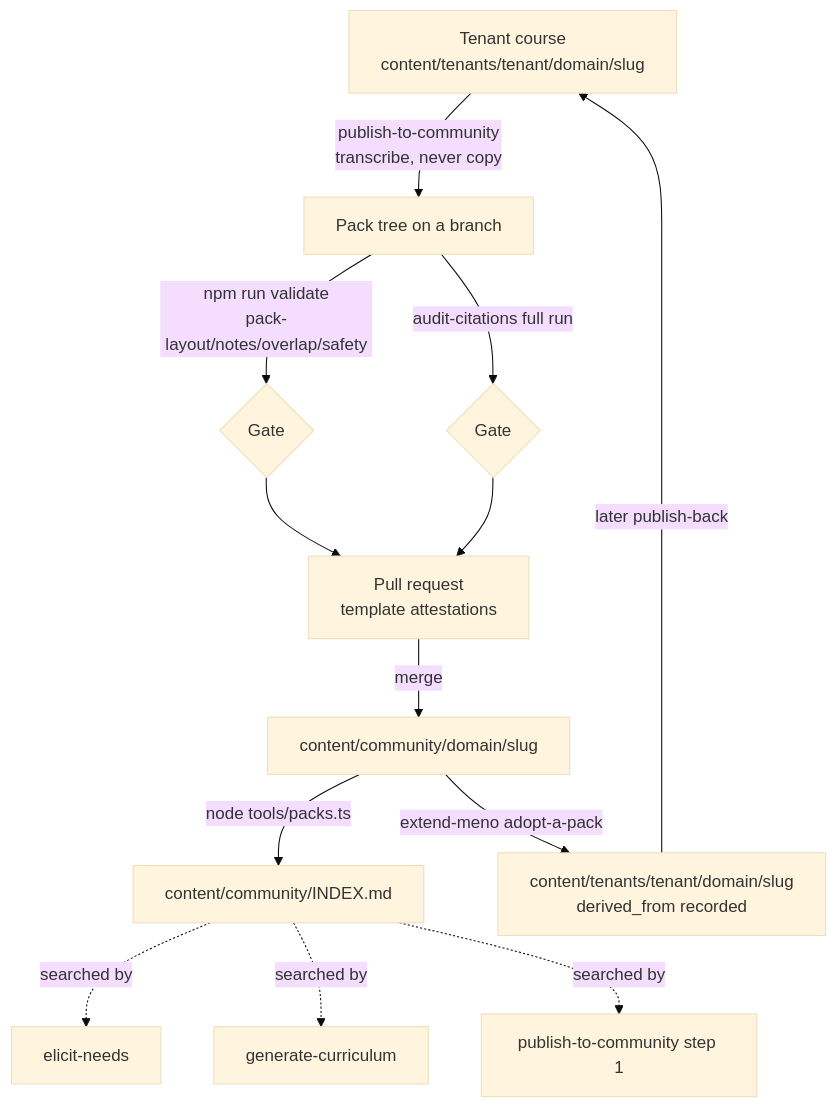
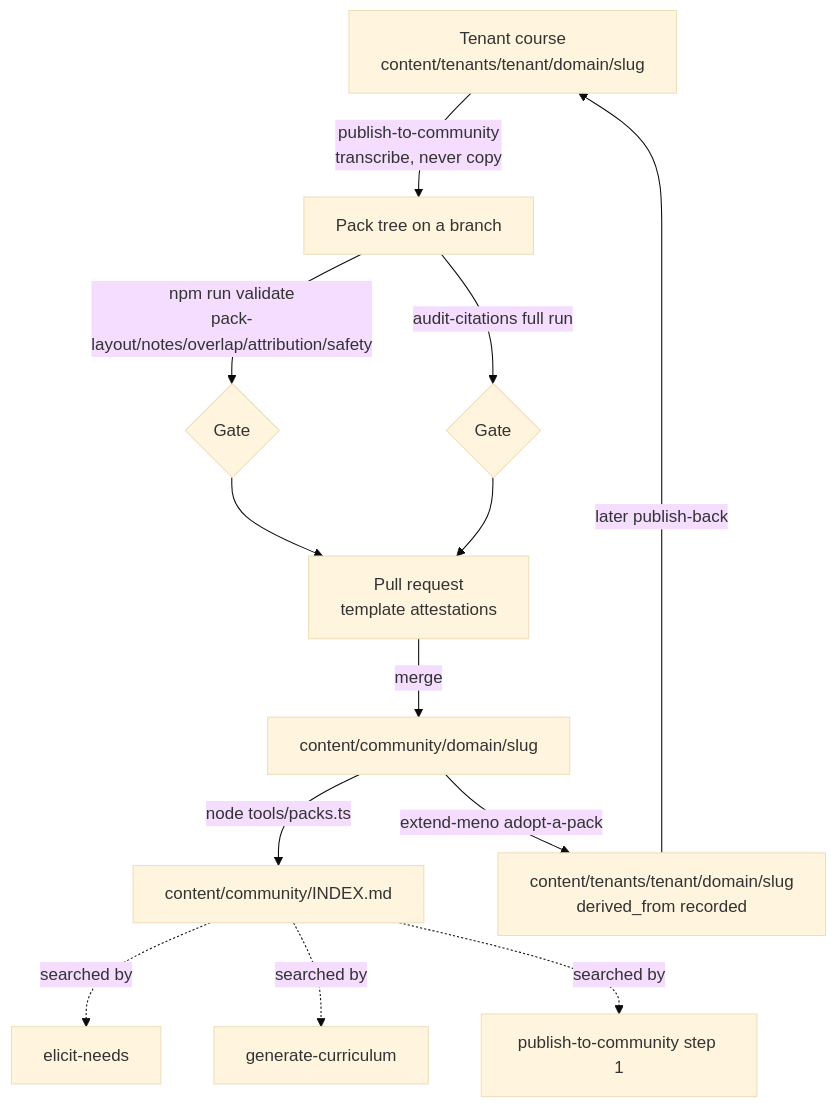
One commit to avishek2002/meno changed the diagram in docs/specs/community.md. Above: the diagram before and after it, drawn with Mermaid (base theme). The commit also changed other lines of this file and 59 other files, not shown here.

First line of the commit message:
Course groups and pack attribution (decisions 20 and 21) (#27)

````diff
--- a/docs/specs/community.md
+++ b/docs/specs/community.md
@@ -74,15 +83,15 @@
 ```mermaid
 graph TD
     T[Tenant course<br/>content/tenants/tenant/domain/slug] -->|publish-to-community<br/>transcribe, never copy| PT[Pack tree on a branch]
-    PT -->|npm run validate<br/>pack-layout/notes/overlap/safety| G1{Gate}
+    PT -->|npm run validate<br/>pack-layout/notes/overlap/attribution/safety| G1{Gate}
     PT -->|audit-citations full run| G2{Gate}
     G1 --> PR[Pull request<br/>template attestations]
     G2 --> PR
     PR -->|merge| P[content/community/domain/slug]
     P -->|node tools/packs.ts| IDX[content/community/INDEX.md]
     IDX -.searched by.-> EN[elicit-needs]
     IDX -.searched by.-> GC[generate-curriculum]
     IDX -.searched by.-> PB[publish-to-community step 1]
     P -->|extend-meno adopt-a-pack| C[content/tenants/tenant/domain/slug<br/>derived_from recorded]
     C -->|later publish-back| T
 ```
````
